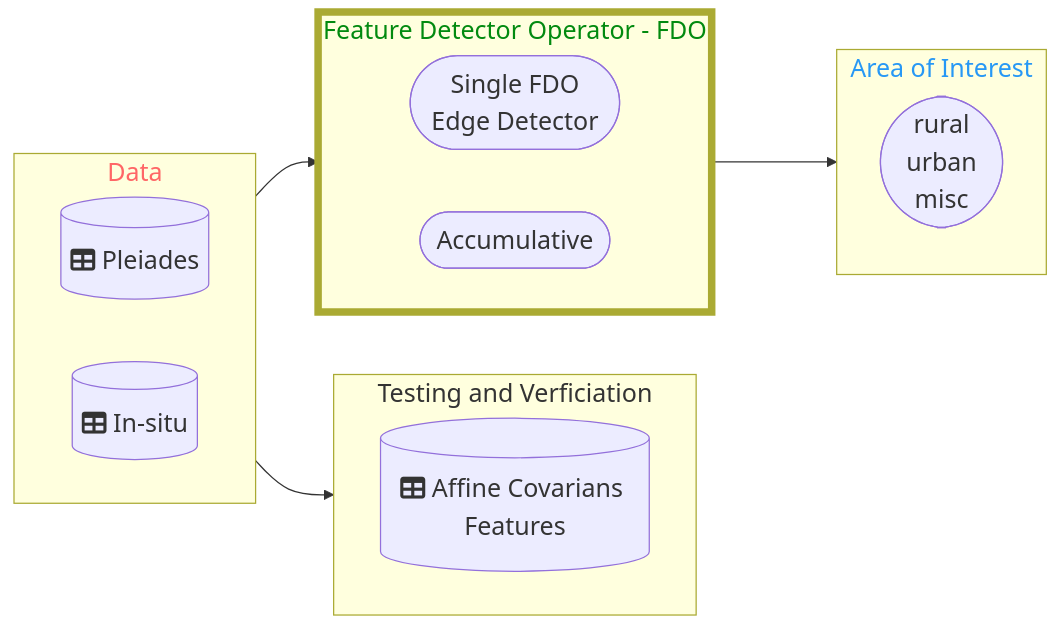
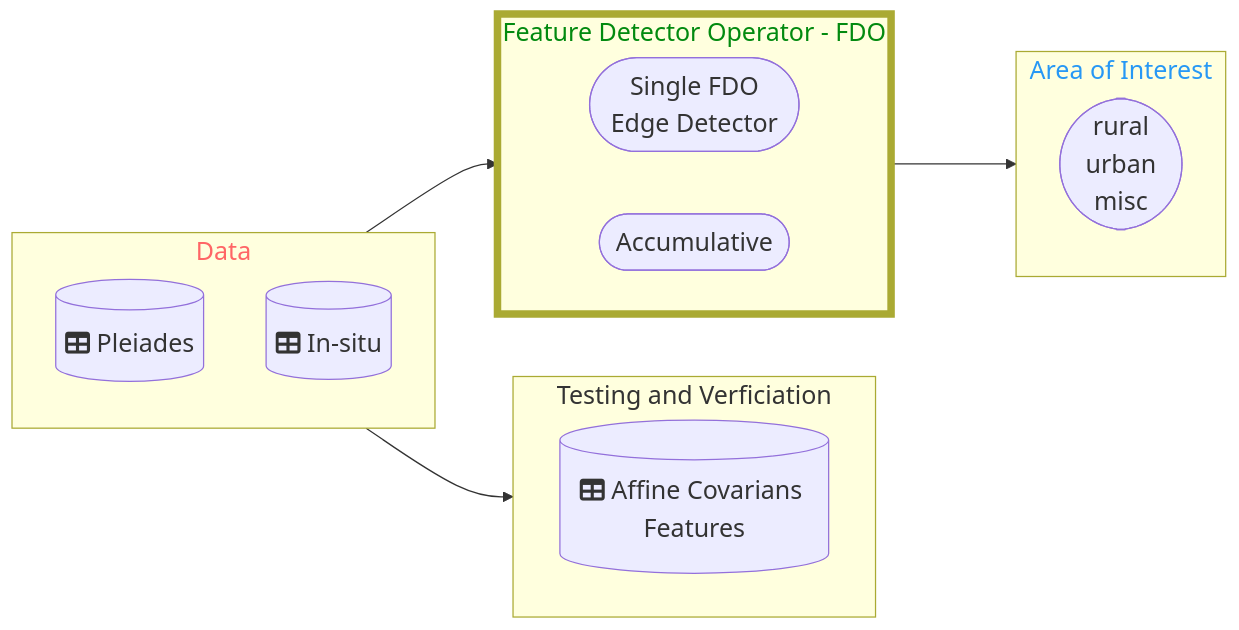
The diagram in Application/README.md (DippoldEJ/Feature-Detection-and-Explanation), drawn with Mermaid before and after one commit.

````diff
--- a/Application/README.md
+++ b/Application/README.md
@@ -13,38 +13,37 @@
 ```mermaid
 flowchart LR;
 %%{init: {
 	'themeVariables': { 'fontSize': '20px', 'fontFamily': 'Didot'}
 	}
 }%%
 
  subgraph n[Data]
-        direction LR
         h[(fa:fa-table Pleiades)]
 		s[(fa:fa-table In-situ)]
     end
 
  subgraph q[Testing and Verficiation]
         direction LR
         r[(fa:fa-table Affine Covarians Features)]
     end
 
  subgraph o[Feature Detector Operator - FDO]
         direction LR
         j([Single FDO <br /> Edge Detector])
         m([Accumulative])
     end
 
 subgraph p[Area of Interest]
     a([rural <br /> urban  <br />  misc])
     end
 
 style n color:#f66
 style o stroke-width:6px
 style o color:#028A0F
 style p color:#2798F5
 
 n-->o
 o-->p
 n-->q
 
 ```
````
